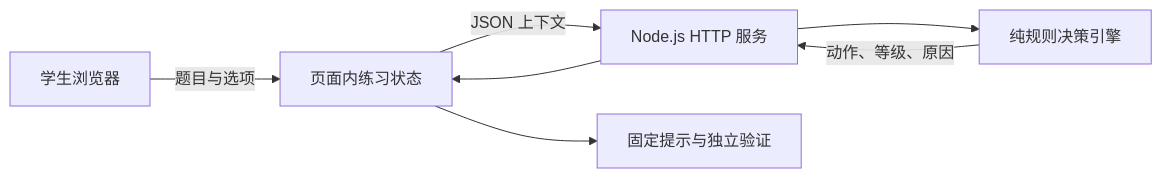
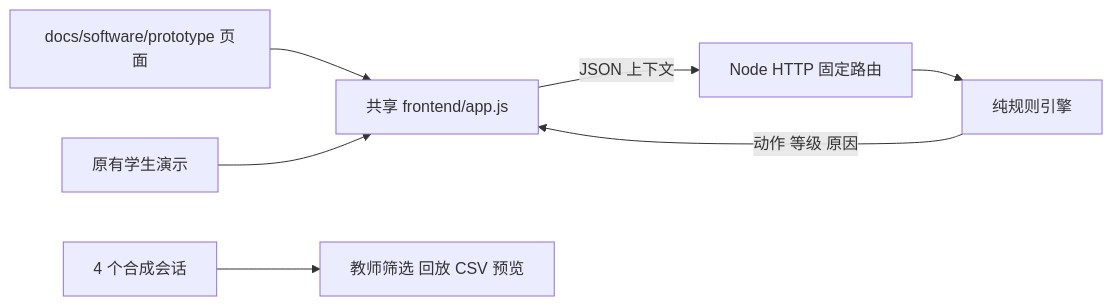
Before and after one commit to LJHSTO/edu-promaic: the first of 2 diagrams in docs/software/architecture.md, drawn with Mermaid. The commit also changed other lines of this file and 16 other files, not shown here.

````diff
--- a/docs/software/architecture.md
+++ b/docs/software/architecture.md
@@ -7,9 +13,9 @@
 ```mermaid
 flowchart LR
-    A[学生浏览器] -->|题目与选项| B[页面内练习状态]
-    B -->|JSON 上下文| C[Node.js HTTP 服务]
-    C --> D[纯规则决策引擎]
-    D -->|动作、等级、原因| C
-    C --> B
-    B --> E[固定提示与独立验证]
+    P[docs/software/prototype 页面] --> UI[共享 frontend/app.js]
+    OLD[原有学生演示] --> UI
+    UI -->|JSON 上下文| HTTP[Node HTTP 固定路由]
+    HTTP --> RULE[纯规则引擎]
+    RULE -->|动作 等级 原因| UI
+    FIX[4 个合成会话] --> TEACH[教师筛选 回放 CSV 预览]
 ```
````
